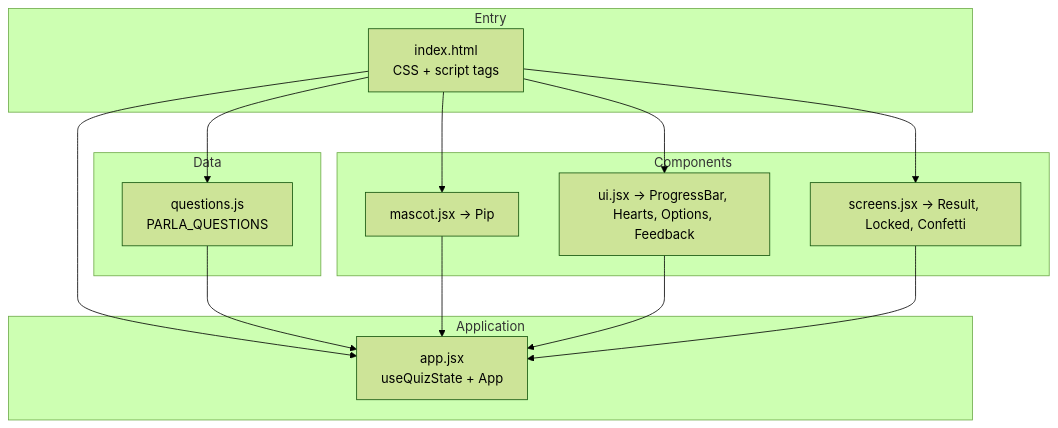
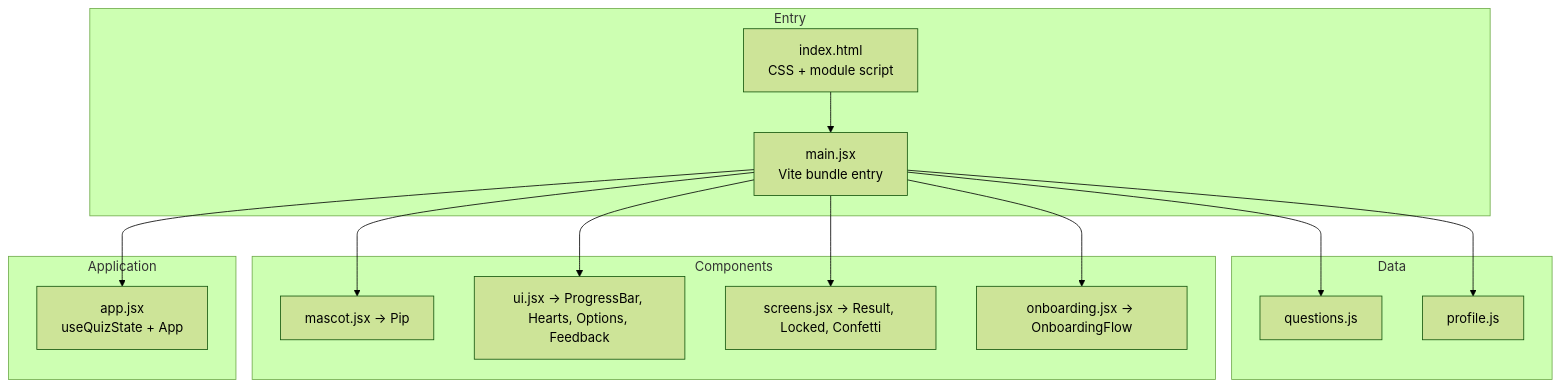
One commit to Nicolercc/Parla changed the diagram in README.md. Above: the diagram before and after it, drawn with Mermaid (forest theme). The commit also changed other lines of this file and 2 other files, not shown here.

Commit message:
chore(release): document Vite runtime and Node version

````diff
--- a/README.md
+++ b/README.md
@@ -113,30 +129,32 @@
 ```mermaid
 flowchart TB
   subgraph entry["Entry"]
-    HTML["index.html<br/>CSS + script tags"]
+    V["main.jsx<br/>Vite bundle entry"]
+    HTML["index.html<br/>CSS + module script"]
   end
 
   subgraph data["Data"]
-    Q["questions.js<br/>PARLA_QUESTIONS"]
+    Q["questions.js"]
+    P["profile.js"]
   end
 
   subgraph components["Components"]
     M["mascot.jsx → Pip"]
     U["ui.jsx → ProgressBar, Hearts, Options, Feedback"]
     S["screens.jsx → Result, Locked, Confetti"]
+    O["onboarding.jsx → OnboardingFlow"]
   end
 
   subgraph app["Application"]
     A["app.jsx<br/>useQuizState + App"]
   end
 
-  HTML --> Q
-  HTML --> M
-  HTML --> U
-  HTML --> S
-  HTML --> A
-  Q --> A
-  M --> A
-  U --> A
-  S --> A
+  HTML --> V
+  V --> Q
+  V --> P
+  V --> M
+  V --> U
+  V --> S
+  V --> O
+  V --> A
 ```
````
